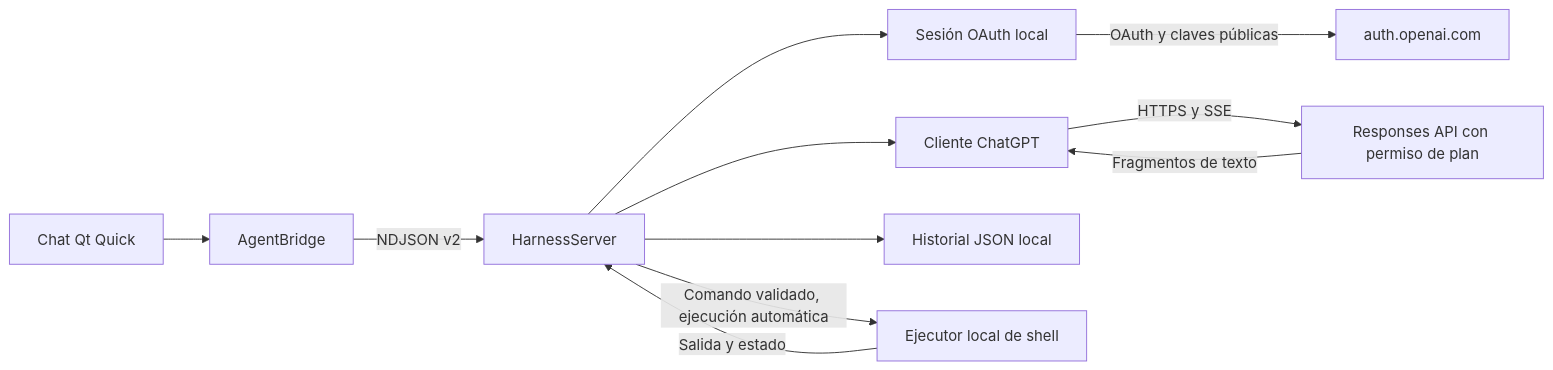
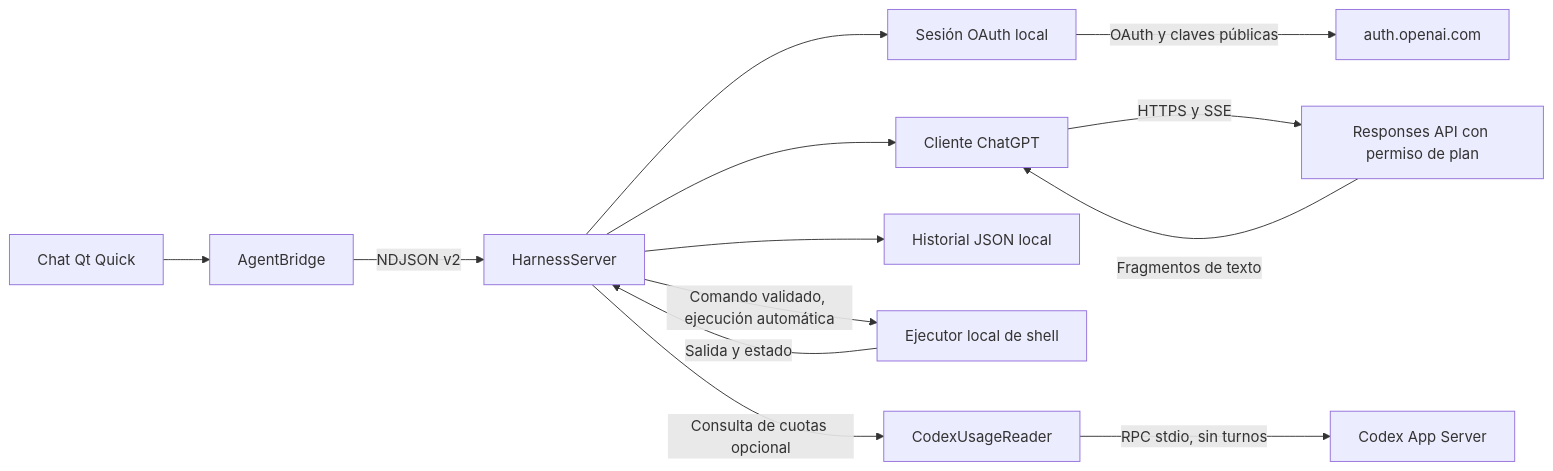
One commit to davidmeraz/agent-shell changed the diagram in docs/architecture.md. Above: the diagram before and after it, drawn with Mermaid. The commit also changed other lines of this file and 29 other files, not shown here.

````diff
--- a/docs/architecture.md
+++ b/docs/architecture.md
@@ -6,13 +7,15 @@
 ```mermaid
 flowchart LR
     Qt[Chat Qt Quick] --> Bridge[AgentBridge]
     Bridge -->|NDJSON v2| Python[HarnessServer]
     Python --> Session[Sesión OAuth local]
     Python --> Client[Cliente ChatGPT]
     Session -->|OAuth y claves públicas| Auth[auth.openai.com]
     Client -->|HTTPS y SSE| API[Responses API con permiso de plan]
     API -->|Fragmentos de texto| Client
     Python --> History[Historial JSON local]
     Python -->|Comando validado, ejecución automática| Shell[Ejecutor local de shell]
     Shell -->|Salida y estado| Python
+    Python -->|Consulta de cuotas opcional| Usage[CodexUsageReader]
+    Usage -->|RPC stdio, sin turnos| Codex[Codex App Server]
 ```
````
